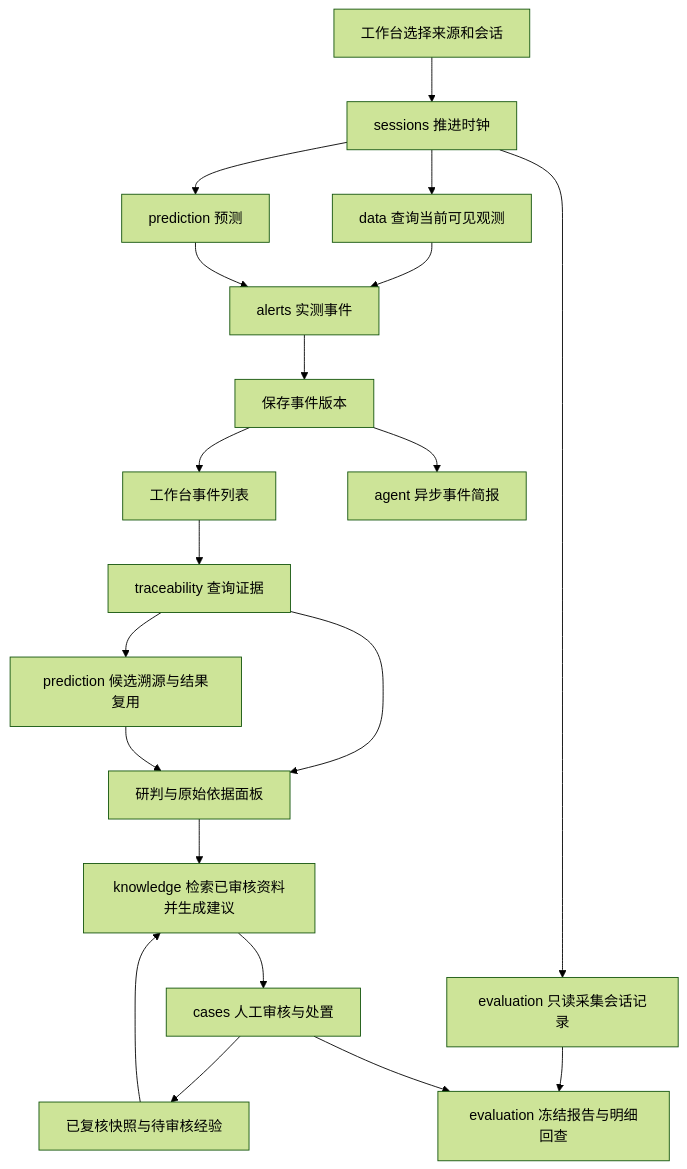
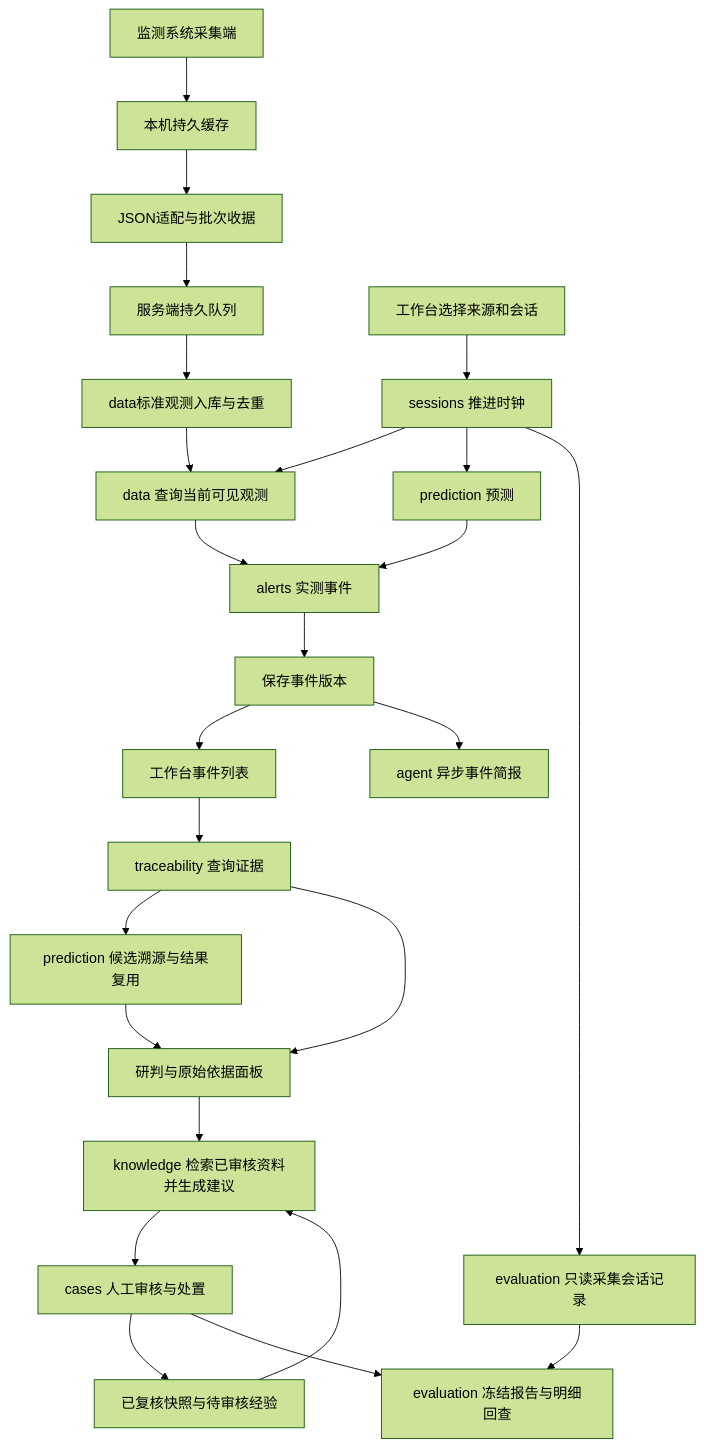
One commit to jiang0209f/coal-mine-gas-risk-agent changed the diagram in docs/module-design-v0.6.md. Above: the diagram before and after it, drawn with Mermaid (forest theme). The commit also changed other lines of this file and 27 other files, not shown here.

````diff
--- a/docs/module-design-v0.6.md
+++ b/docs/module-design-v0.6.md
@@ -62,22 +63,27 @@
 ```mermaid
 flowchart TD
+  UP[监测系统采集端] --> OB[本机持久缓存]
+  OB --> IA[JSON适配与批次收据]
+  IA --> IQ[服务端持久队列]
+  IQ --> ID[data标准观测入库与去重]
+  ID --> D
   UI[工作台选择来源和会话] --> S[sessions 推进时钟]
   S --> D[data 查询当前可见观测]
   S --> P[prediction 预测]
   D --> A[alerts 实测事件]
   P --> A
   A --> EV[保存事件版本]
   EV --> UI2[工作台事件列表]
   UI2 --> T[traceability 查询证据]
   T --> CA[prediction 候选溯源与结果复用]
   T --> PANEL[研判与原始依据面板]
   CA --> PANEL
   EV --> G[agent 异步事件简报]
   PANEL --> K[knowledge 检索已审核资料并生成建议]
   K --> C[cases 人工审核与处置]
   C --> X[已复核快照与待审核经验]
   X --> K
   S --> EC[evaluation 只读采集会话记录]
   EC --> E[evaluation 冻结报告与明细回查]
   C --> E
 ```
````
